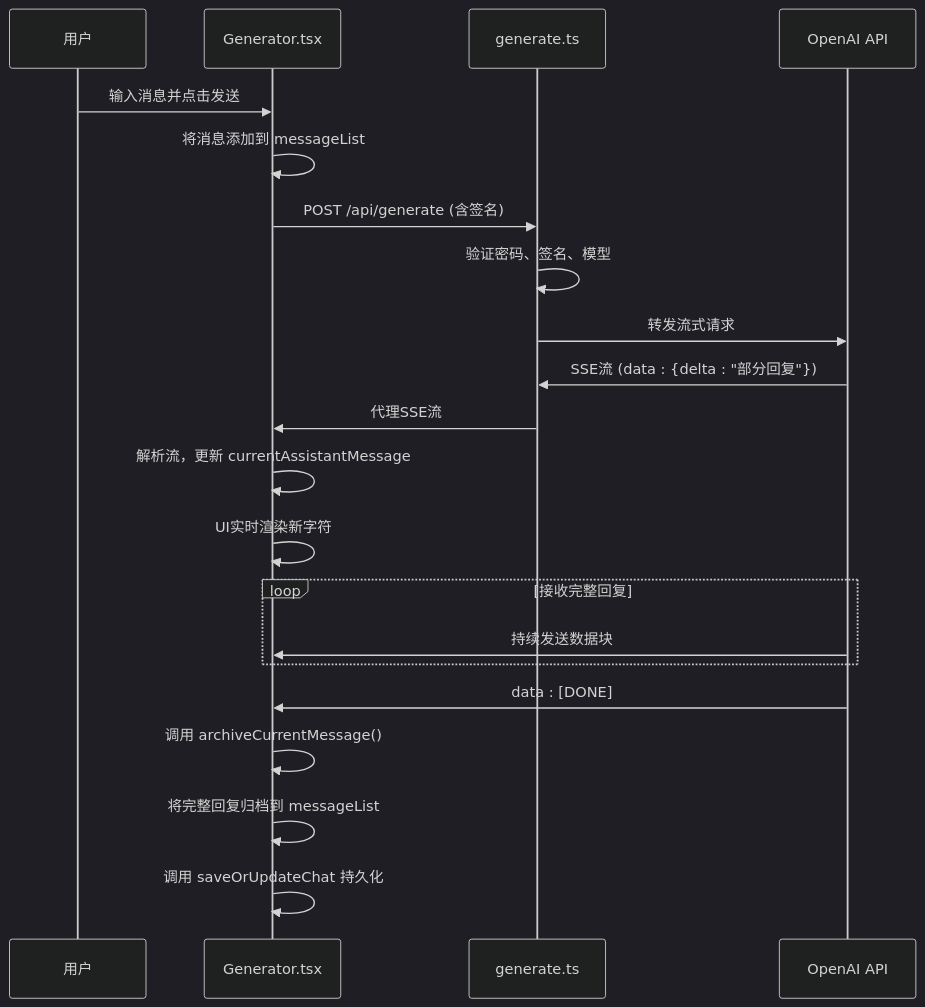
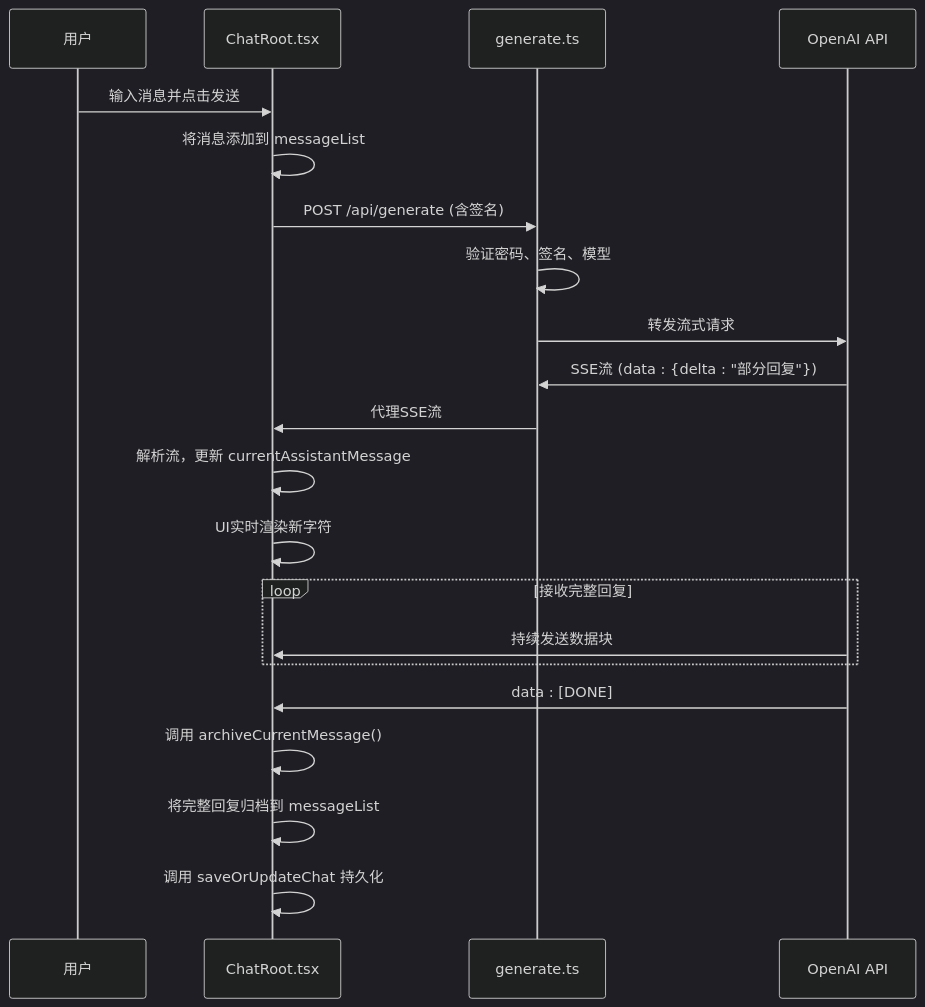
The third of 6 diagrams in .qoder/repowiki/zh/content/核心功能详解/核心功能详解.md (zfyime/chat-mini), drawn with Mermaid (dark theme) before and after one commit. The commit also changed other lines of this file and 52 other files, not shown here.

````diff
--- a/.qoder/repowiki/zh/content/核心功能详解/核心功能详解.md
+++ b/.qoder/repowiki/zh/content/核心功能详解/核心功能详解.md
@@ -207,23 +207,23 @@
 ```mermaid
 sequenceDiagram
 participant 用户 as 用户
-participant 前端 as Generator.tsx
+participant 前端 as ChatRoot.tsx
 participant 后端 as generate.ts
 participant OpenAI as OpenAI API
 用户->>前端 : 输入消息并点击发送
 前端->>前端 : 将消息添加到 messageList
 前端->>后端 : POST /api/generate (含签名)
 后端->>后端 : 验证密码、签名、模型
 后端->>OpenAI : 转发流式请求
 OpenAI->>后端 : SSE流 (data : {delta : "部分回复"})
 后端->>前端 : 代理SSE流
 前端->>前端 : 解析流，更新 currentAssistantMessage
 前端->>前端 : UI实时渲染新字符
 loop 接收完整回复
 OpenAI->>前端 : 持续发送数据块
 end
 OpenAI->>前端 : data : [DONE]
 前端->>前端 : 调用 archiveCurrentMessage()
 前端->>前端 : 将完整回复归档到 messageList
 前端->>前端 : 调用 saveOrUpdateChat 持久化
 ```
````
